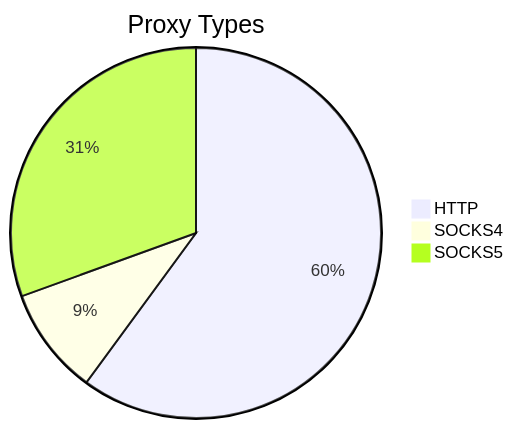
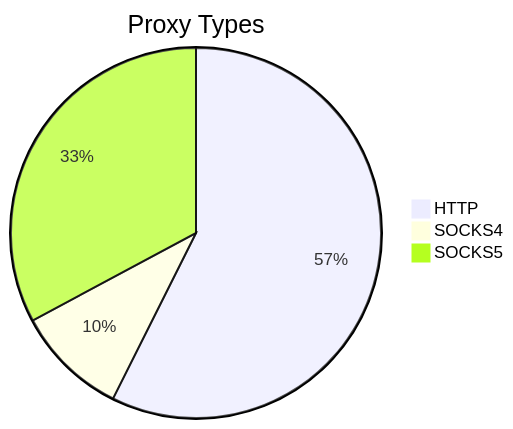
The first of 2 diagrams in README.md (stormsia/proxy-list), drawn with Mermaid before and after one commit. The commit also changed other lines of this file, not shown here.

````diff
--- a/README.md
+++ b/README.md
@@ -21,6 +21,6 @@
 ```mermaid
 pie title Proxy Types
-    "HTTP" : 179
-    "SOCKS4" : 28
-    "SOCKS5" : 91
+    "HTTP" : 229
+    "SOCKS4" : 39
+    "SOCKS5" : 131
 ```
````
